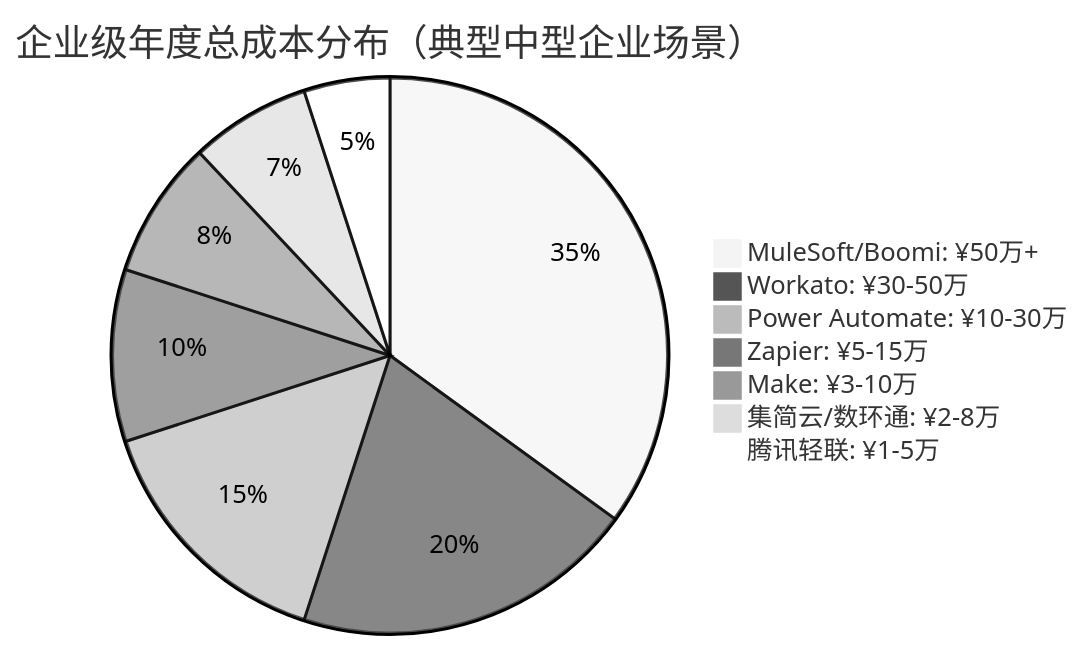
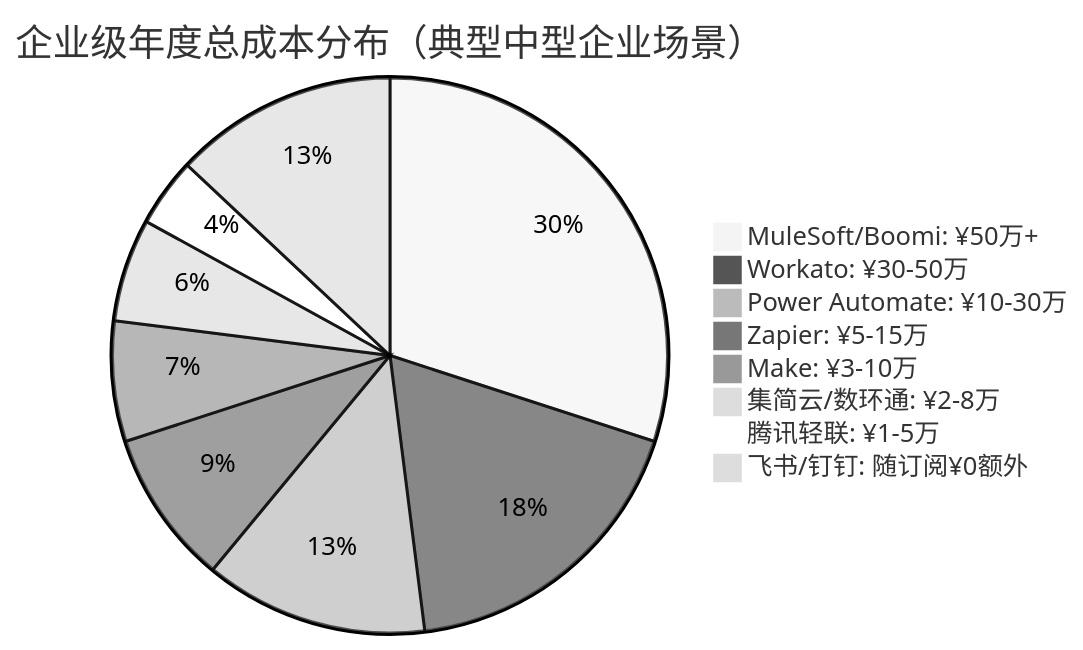
The fourth of 10 diagrams in docs/software-connector-platform-research/软件连接器平台汇总对比调研报告.md (THZSummer/open-app), drawn with Mermaid (neutral theme) before and after one commit. The commit also changed other lines of this file and 2 other files, not shown here.

````diff
--- a/docs/software-connector-platform-research/软件连接器平台汇总对比调研报告.md
+++ b/docs/software-connector-platform-research/软件连接器平台汇总对比调研报告.md
@@ -485,10 +580,11 @@
 ```mermaid
 pie title 企业级年度总成本分布（典型中型企业场景）
-    "MuleSoft/Boomi: ¥50万+" : 35
-    "Workato: ¥30-50万" : 20
-    "Power Automate: ¥10-30万" : 15
-    "Zapier: ¥5-15万" : 10
-    "Make: ¥3-10万" : 8
-    "集简云/数环通: ¥2-8万" : 7
-    "腾讯轻联: ¥1-5万" : 5
+    "MuleSoft/Boomi: ¥50万+" : 30
+    "Workato: ¥30-50万" : 18
+    "Power Automate: ¥10-30万" : 13
+    "Zapier: ¥5-15万" : 9
+    "Make: ¥3-10万" : 7
+    "集简云/数环通: ¥2-8万" : 6
+    "腾讯轻联: ¥1-5万" : 4
+    "飞书/钉钉: 随订阅¥0额外" : 13
 ```
````
